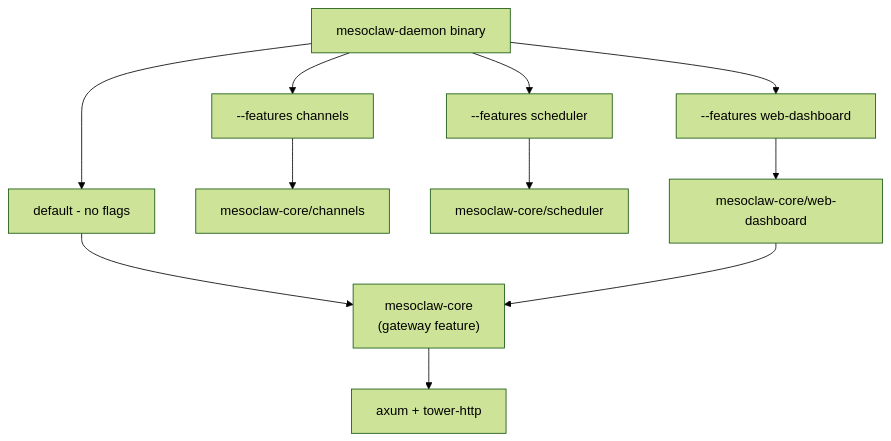
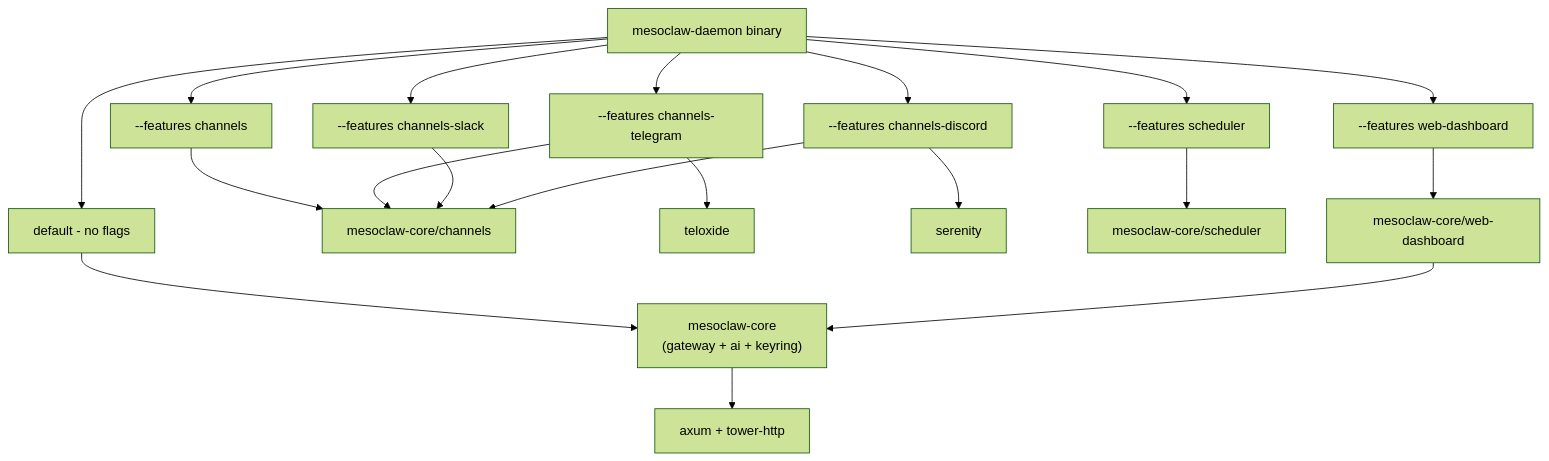
Before and after one commit to sprklai/mesoclaw: the fourth of 12 diagrams in docs/architecture.md, drawn with Mermaid (forest theme). The commit also changed other lines of this file and 56 other files, not shown here.

````diff
--- a/docs/architecture.md
+++ b/docs/architecture.md
@@ -234,15 +248,23 @@
 ```mermaid
 graph TD
     Daemon[mesoclaw-daemon binary] --> Default[default - no flags]
     Daemon --> Channels["--features channels"]
+    Daemon --> ChTG["--features channels-telegram"]
+    Daemon --> ChSL["--features channels-slack"]
+    Daemon --> ChDC["--features channels-discord"]
     Daemon --> Scheduler["--features scheduler"]
     Daemon --> Dashboard["--features web-dashboard"]
 
-    Default --> CoreGW["mesoclaw-core<br>#40;gateway feature#41;"]
+    Default --> CoreGW["mesoclaw-core<br>#40;gateway + ai + keyring#41;"]
     CoreGW --> Axum[axum + tower-http]
 
     Channels --> CoreCH[mesoclaw-core/channels]
+    ChTG --> CoreCH
+    ChTG --> Teloxide[teloxide]
+    ChSL --> CoreCH
+    ChDC --> CoreCH
+    ChDC --> Serenity[serenity]
     Scheduler --> CoreSC[mesoclaw-core/scheduler]
     Dashboard --> CoreWD[mesoclaw-core/web-dashboard]
     CoreWD --> CoreGW
 ```
````
